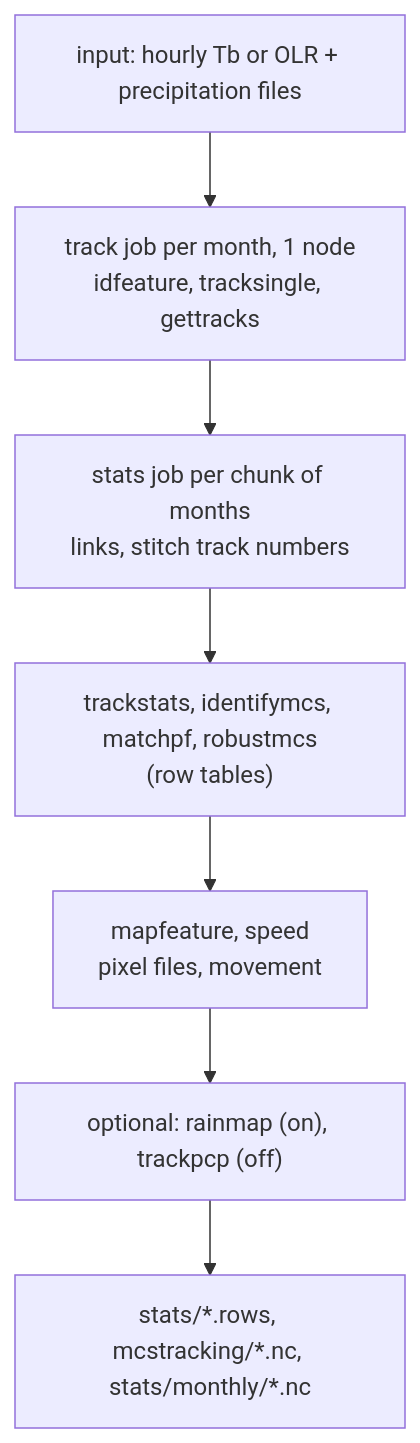
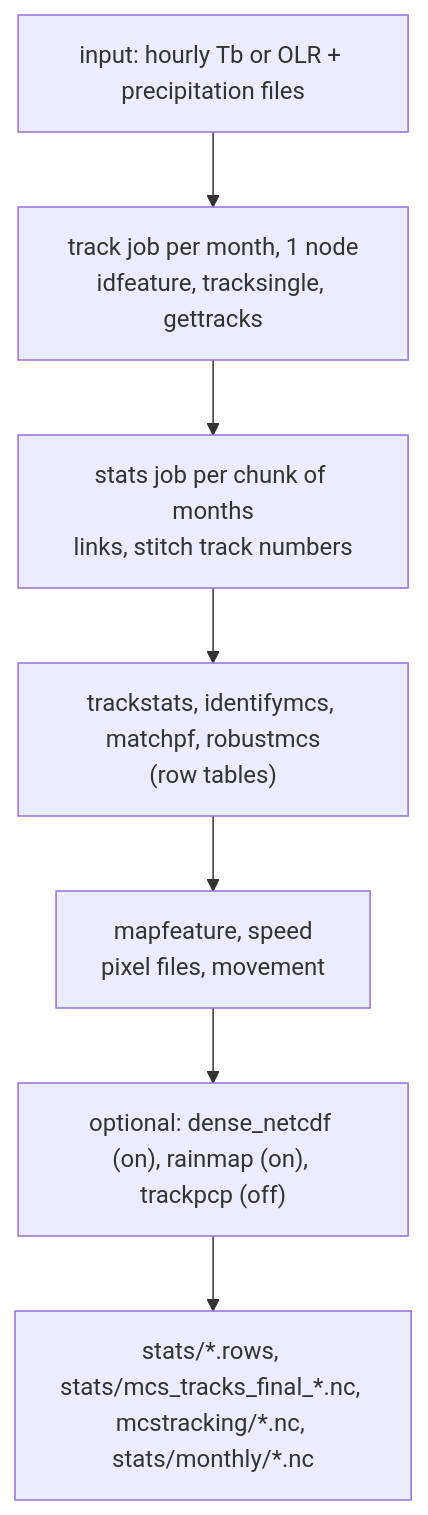
Before and after one commit to WACCEM/PyFLEXTRKR-dev: the diagram in docs/tbpf_mcs_workflow.md, drawn with Mermaid. The commit also changed other lines of this file and 15 other files, not shown here.

````diff
--- a/docs/tbpf_mcs_workflow.md
+++ b/docs/tbpf_mcs_workflow.md
@@ -60,9 +61,9 @@
 ```mermaid
 flowchart TD
   A["input: hourly Tb or OLR + precipitation files"] --> B["track job per month, 1 node<br/>idfeature, tracksingle, gettracks"]
   B --> C["stats job per chunk of months<br/>links, stitch track numbers"]
   C --> D["trackstats, identifymcs, matchpf, robustmcs<br/>(row tables)"]
   D --> E["mapfeature, speed<br/>pixel files, movement"]
-  E --> F["optional: rainmap (on), trackpcp (off)"]
-  F --> G["stats/*.rows, mcstracking/*.nc, stats/monthly/*.nc"]
+  E --> F["optional: dense_netcdf (on), rainmap (on), trackpcp (off)"]
+  F --> G["stats/*.rows, stats/mcs_tracks_final_*.nc, mcstracking/*.nc, stats/monthly/*.nc"]
 ```
````
